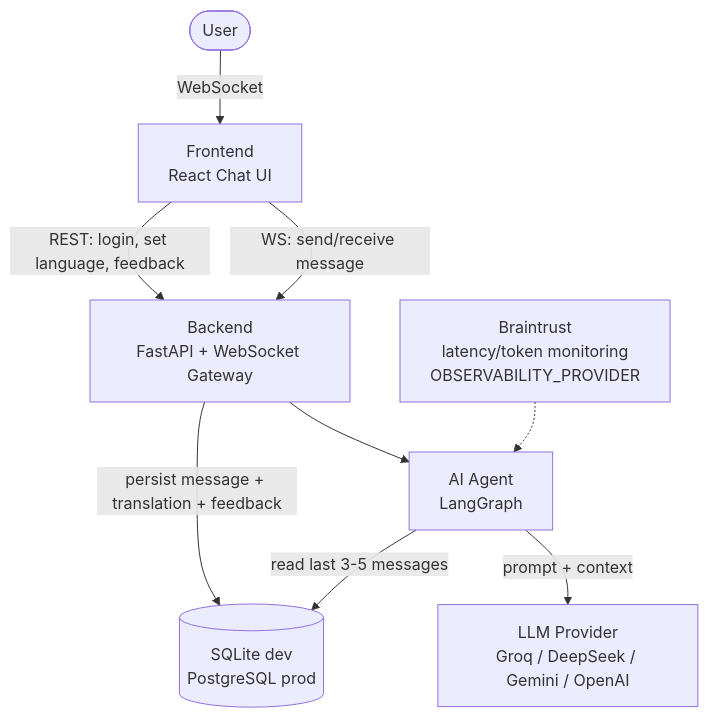
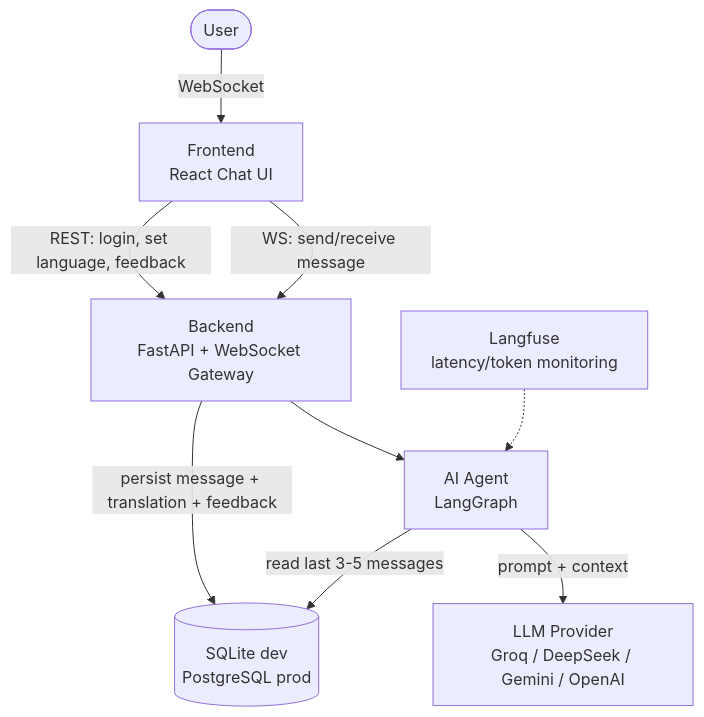
One commit to minh20003/linguaflow-ai changed the first of 6 diagrams in docs/architecture_diagram.md. Above: the diagram before and after it, drawn with Mermaid. The commit also changed other lines of this file and 368 other files, not shown here.

````diff
--- a/docs/architecture_diagram.md
+++ b/docs/architecture_diagram.md
@@ -21,13 +21,13 @@
 ```mermaid
 graph TB
     User([User]) -->|WebSocket| FE[Frontend<br/>React Chat UI]
     FE -->|WS: send/receive message| BE[Backend<br/>FastAPI + WebSocket Gateway]
     FE -->|REST: login, set language, feedback| BE
 
     BE --> Agent[AI Agent<br/>LangGraph]
     Agent -->|prompt + context| LLM[LLM Provider<br/>Groq / DeepSeek / Gemini / OpenAI]
     Agent -->|read last 3-5 messages| DB[(SQLite dev<br/>PostgreSQL prod)]
     BE -->|persist message + translation + feedback| DB
 
-    Monitor[Braintrust<br/>latency/token monitoring<br/>OBSERVABILITY_PROVIDER] -.-> Agent
+    Monitor[Langfuse<br/>latency/token monitoring] -.-> Agent
 ```
````
